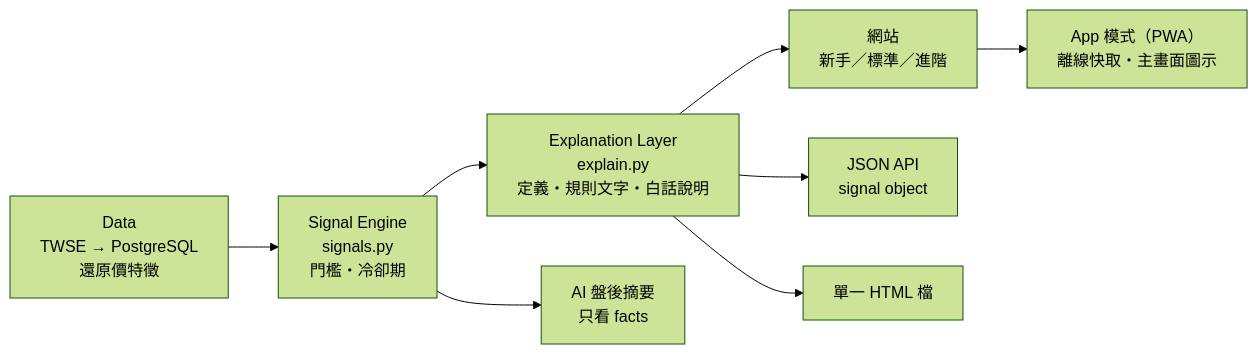
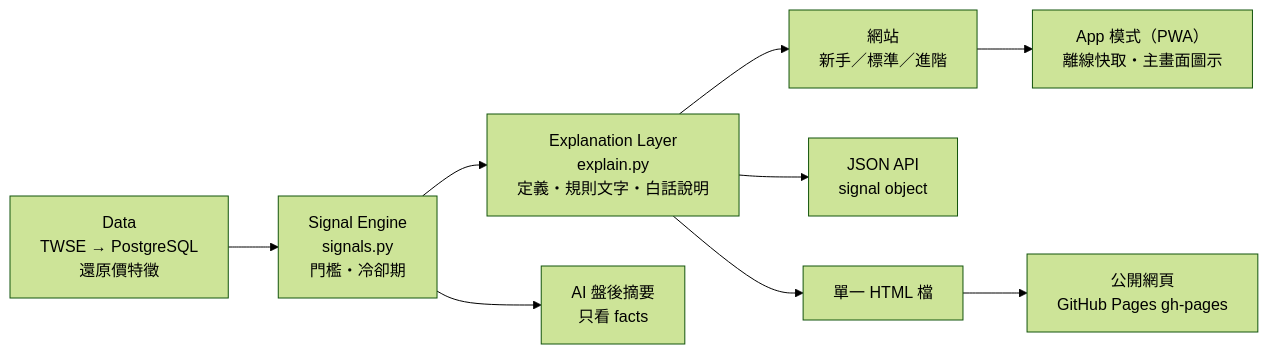
Before and after one commit to edarun201-prog/tw-market-radar: the first of 2 diagrams in docs/architecture.md, drawn with Mermaid (forest theme). The commit also changed other lines of this file and 11 other files, not shown here.

First line of the commit message:
公開網頁：每日自動發布到 GitHub Pages

````diff
--- a/docs/architecture.md
+++ b/docs/architecture.md
@@ -5,10 +5,11 @@
 ```mermaid
 flowchart LR
   D[Data<br/>TWSE → PostgreSQL<br/>還原價特徵] --> S[Signal Engine<br/>signals.py<br/>門檻・冷卻期]
   S --> E[Explanation Layer<br/>explain.py<br/>定義・規則文字・白話說明]
   E --> W[網站<br/>新手／標準／進階]
   E --> A[JSON API<br/>signal object]
   E --> X[單一 HTML 檔]
+  X --> G[公開網頁<br/>GitHub Pages gh-pages]
   S --> AI[AI 盤後摘要<br/>只看 facts]
   W --> P[App 模式（PWA）<br/>離線快取・主畫面圖示]
 ```
````
